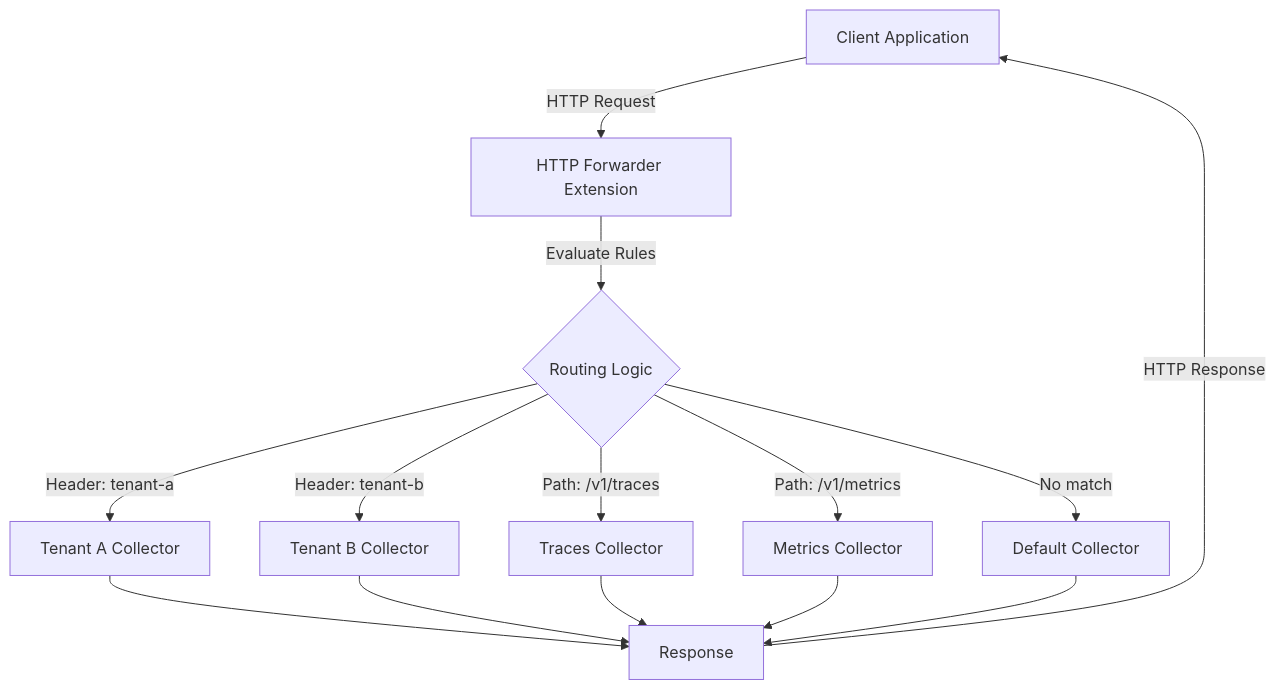
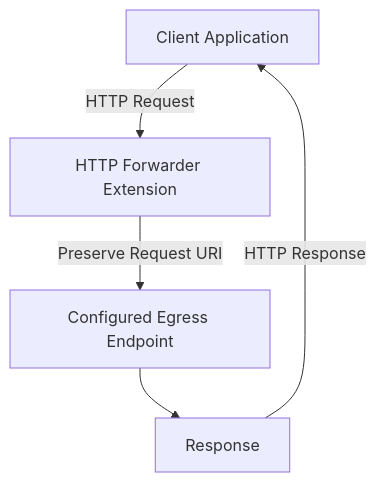
One commit to OneUptime/blog changed the diagram in posts/2026-02-06-http-forwarder-extension-opentelemetry-collector/README.md. Above: the diagram before and after it, drawn with Mermaid. The commit also changed other lines of this file and 2 other files, not shown here.

Commit message:
validate: 2026-02-06-http-forwarder-extension-opentelemetry-collector

````diff
--- a/posts/2026-02-06-http-forwarder-extension-opentelemetry-collector/README.md
+++ b/posts/2026-02-06-http-forwarder-extension-opentelemetry-collector/README.md
@@ -224,19 +119,7 @@
 ```mermaid
 graph TD
     A[Client Application] -->|HTTP Request| B[HTTP Forwarder Extension]
-    B -->|Evaluate Rules| C{Routing Logic}
-
-    C -->|Header: tenant-a| D[Tenant A Collector]
-    C -->|Header: tenant-b| E[Tenant B Collector]
-    C -->|Path: /v1/traces| F[Traces Collector]
-    C -->|Path: /v1/metrics| G[Metrics Collector]
-    C -->|No match| H[Default Collector]
-
-    D --> I[Response]
-    E --> I
-    F --> I
-    G --> I
-    H --> I
-
-    I -->|HTTP Response| A
+    B -->|Preserve Request URI| C[Configured Egress Endpoint]
+    C --> D[Response]
+    D -->|HTTP Response| A
 ```
````
